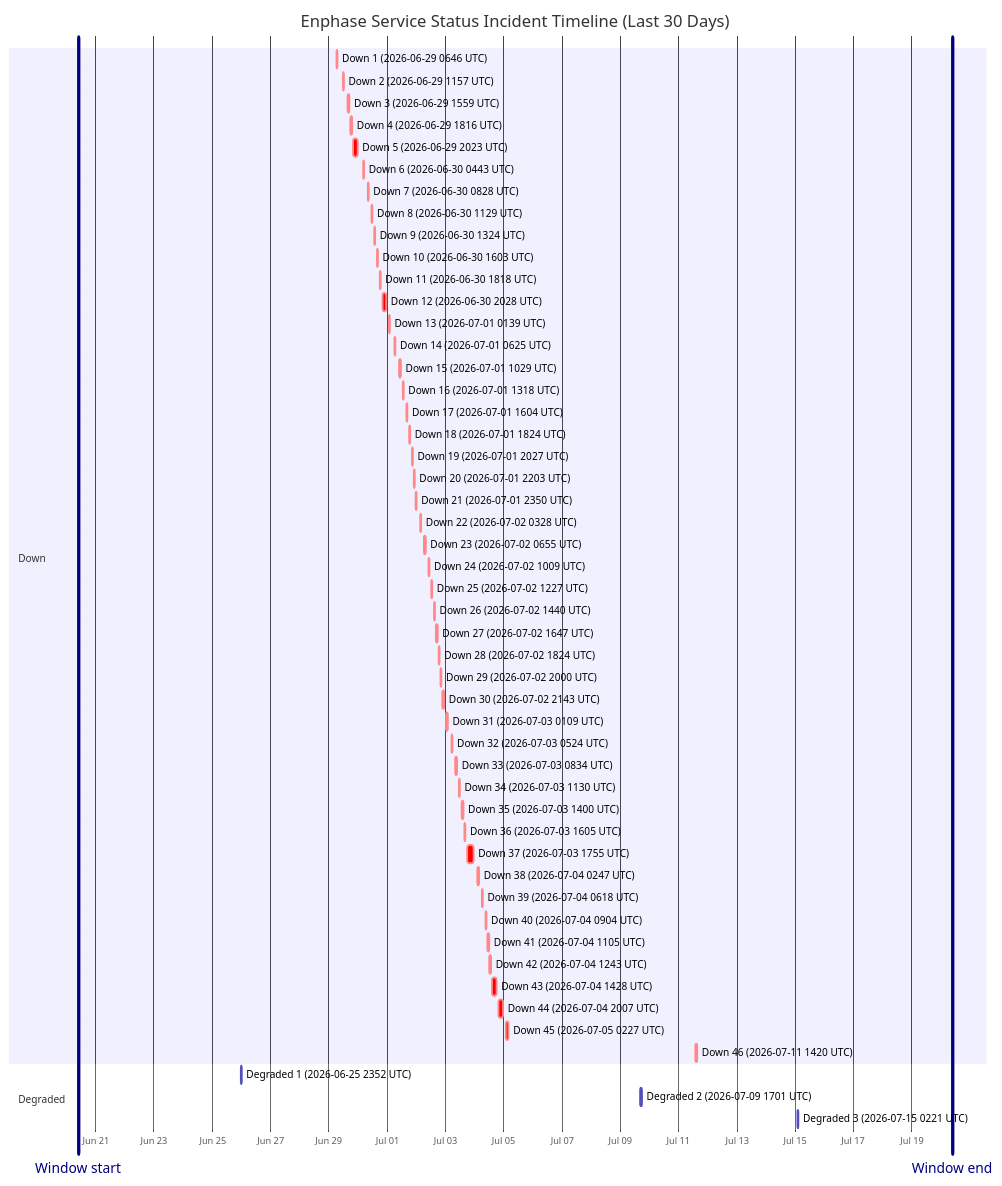
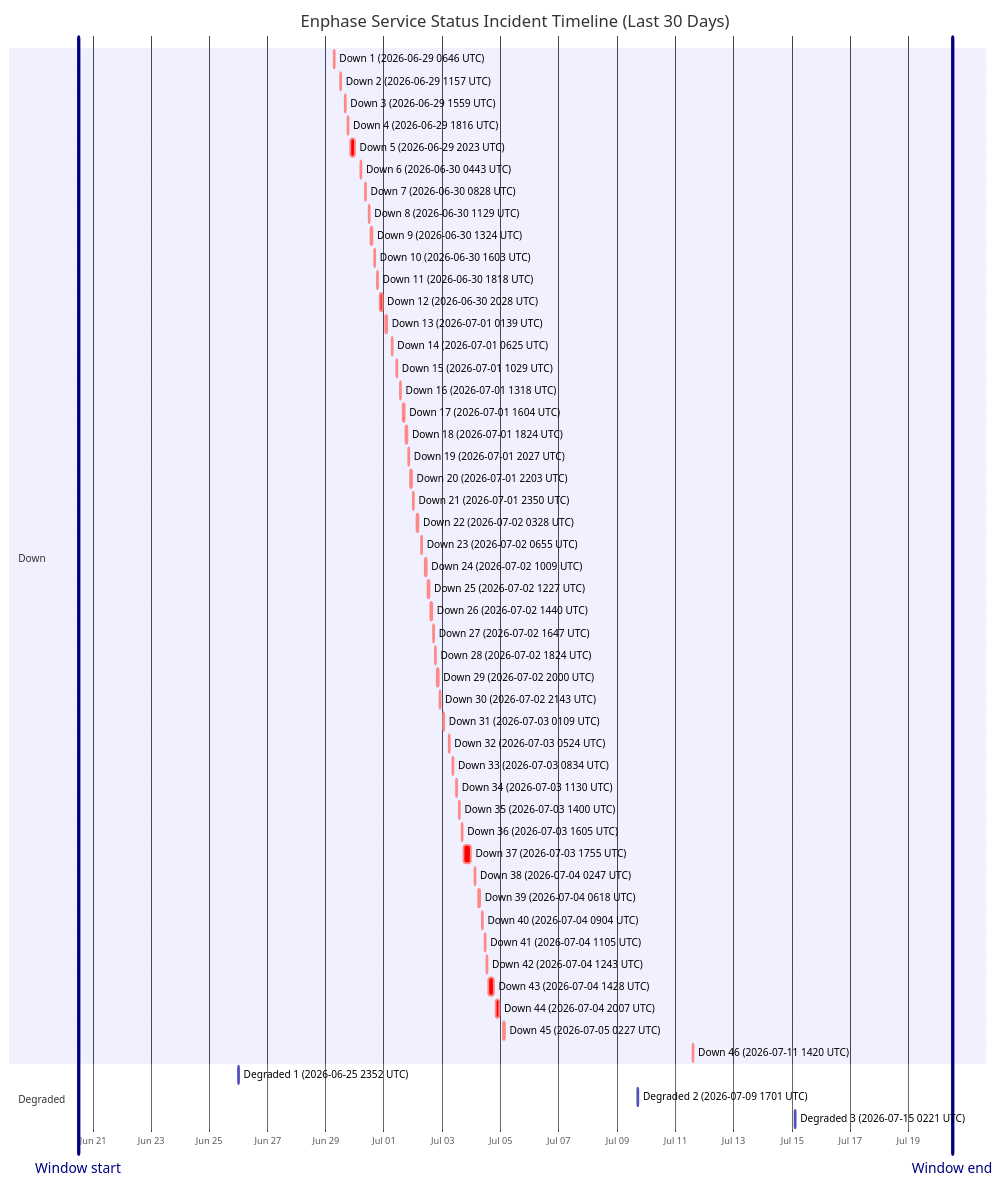
Before and after one commit to barneyonline/ha-enphase-energy: the diagram in wiki/Service-Status-History.md, drawn with Mermaid. The commit also changed other lines of this file and 3 other files, not shown here.

````diff
--- a/wiki/Service-Status-History.md
+++ b/wiki/Service-Status-History.md
@@ -14,59 +14,59 @@
 ```mermaid
 gantt
     title Enphase Service Status Incident Timeline (Last 30 Days)
     dateFormat  YYYY-MM-DDTHH:mm:ss
     axisFormat  %b %d
-    Window start :vert, window-start, 2026-06-20T09:40:56, 0ms
-    Window end :vert, window-end, 2026-07-20T09:40:56, 0ms
+    Window start :vert, window-start, 2026-06-20T12:14:58, 0ms
+    Window end :vert, window-end, 2026-07-20T12:14:58, 0ms
     section Down
     Down 1 (2026-06-29 0646 UTC) :crit, down-1, 2026-06-29T06:46:18, 60m
     Down 2 (2026-06-29 1157 UTC) :crit, down-2, 2026-06-29T11:57:36, 60m
     Down 3 (2026-06-29 1559 UTC) :crit, down-3, 2026-06-29T15:59:02, 60m
     Down 4 (2026-06-29 1816 UTC) :crit, down-4, 2026-06-29T18:16:38, 60m
     Down 5 (2026-06-29 2023 UTC) :crit, down-5, 2026-06-29T20:23:16, 220m
     Down 6 (2026-06-30 0443 UTC) :crit, down-6, 2026-06-30T04:43:54, 60m
     Down 7 (2026-06-30 0828 UTC) :crit, down-7, 2026-06-30T08:28:43, 60m
     Down 8 (2026-06-30 1129 UTC) :crit, down-8, 2026-06-30T11:29:15, 60m
     Down 9 (2026-06-30 1324 UTC) :crit, down-9, 2026-06-30T13:24:25, 60m
     Down 10 (2026-06-30 1603 UTC) :crit, down-10, 2026-06-30T16:03:26, 60m
     Down 11 (2026-06-30 1818 UTC) :crit, down-11, 2026-06-30T18:18:39, 60m
     Down 12 (2026-06-30 2028 UTC) :crit, down-12, 2026-06-30T20:28:54, 171m
     Down 13 (2026-07-01 0139 UTC) :crit, down-13, 2026-07-01T01:39:18, 60m
     Down 14 (2026-07-01 0625 UTC) :crit, down-14, 2026-07-01T06:25:35, 60m
     Down 15 (2026-07-01 1029 UTC) :crit, down-15, 2026-07-01T10:29:24, 60m
     Down 16 (2026-07-01 1318 UTC) :crit, down-16, 2026-07-01T13:18:31, 60m
     Down 17 (2026-07-01 1604 UTC) :crit, down-17, 2026-07-01T16:04:29, 60m
     Down 18 (2026-07-01 1824 UTC) :crit, down-18, 2026-07-01T18:24:21, 60m
     Down 19 (2026-07-01 2027 UTC) :crit, down-19, 2026-07-01T20:27:17, 60m
     Down 20 (2026-07-01 2203 UTC) :crit, down-20, 2026-07-01T22:03:46, 60m
     Down 21 (2026-07-01 2350 UTC) :crit, down-21, 2026-07-01T23:50:52, 60m
     Down 22 (2026-07-02 0328 UTC) :crit, down-22, 2026-07-02T03:28:33, 60m
     Down 23 (2026-07-02 0655 UTC) :crit, down-23, 2026-07-02T06:55:07, 60m
     Down 24 (2026-07-02 1009 UTC) :crit, down-24, 2026-07-02T10:09:15, 60m
     Down 25 (2026-07-02 1227 UTC) :crit, down-25, 2026-07-02T12:27:49, 60m
     Down 26 (2026-07-02 1440 UTC) :crit, down-26, 2026-07-02T14:40:53, 60m
     Down 27 (2026-07-02 1647 UTC) :crit, down-27, 2026-07-02T16:47:47, 60m
     Down 28 (2026-07-02 1824 UTC) :crit, down-28, 2026-07-02T18:24:26, 60m
     Down 29 (2026-07-02 2000 UTC) :crit, down-29, 2026-07-02T20:00:57, 60m
     Down 30 (2026-07-02 2143 UTC) :crit, down-30, 2026-07-02T21:43:52, 80m
     Down 31 (2026-07-03 0109 UTC) :crit, down-31, 2026-07-03T01:09:19, 60m
     Down 32 (2026-07-03 0524 UTC) :crit, down-32, 2026-07-03T05:24:23, 60m
     Down 33 (2026-07-03 0834 UTC) :crit, down-33, 2026-07-03T08:34:05, 60m
     Down 34 (2026-07-03 1130 UTC) :crit, down-34, 2026-07-03T11:30:41, 60m
     Down 35 (2026-07-03 1400 UTC) :crit, down-35, 2026-07-03T14:00:48, 60m
     Down 36 (2026-07-03 1605 UTC) :crit, down-36, 2026-07-03T16:05:49, 60m
     Down 37 (2026-07-03 1755 UTC) :crit, down-37, 2026-07-03T17:55:54, 338m
     Down 38 (2026-07-04 0247 UTC) :crit, down-38, 2026-07-04T02:47:22, 60m
     Down 39 (2026-07-04 0618 UTC) :crit, down-39, 2026-07-04T06:18:09, 60m
     Down 40 (2026-07-04 0904 UTC) :crit, down-40, 2026-07-04T09:04:41, 60m
     Down 41 (2026-07-04 1105 UTC) :crit, down-41, 2026-07-04T11:05:21, 60m
     Down 42 (2026-07-04 1243 UTC) :crit, down-42, 2026-07-04T12:43:25, 60m
     Down 43 (2026-07-04 1428 UTC) :crit, down-43, 2026-07-04T14:28:07, 243m
     Down 44 (2026-07-04 2007 UTC) :crit, down-44, 2026-07-04T20:07:50, 206m
     Down 45 (2026-07-05 0227 UTC) :crit, down-45, 2026-07-05T02:27:32, 109m
     Down 46 (2026-07-11 1420 UTC) :crit, down-46, 2026-07-11T14:20:54, 69m
     section Degraded
     Degraded 1 (2026-06-25 2352 UTC) :active, degraded-1, 2026-06-25T23:52:01, 60m
     Degraded 2 (2026-07-09 1701 UTC) :active, degraded-2, 2026-07-09T17:01:02, 60m
     Degraded 3 (2026-07-15 0221 UTC) :active, degraded-3, 2026-07-15T02:21:35, 60m
 ```
````
